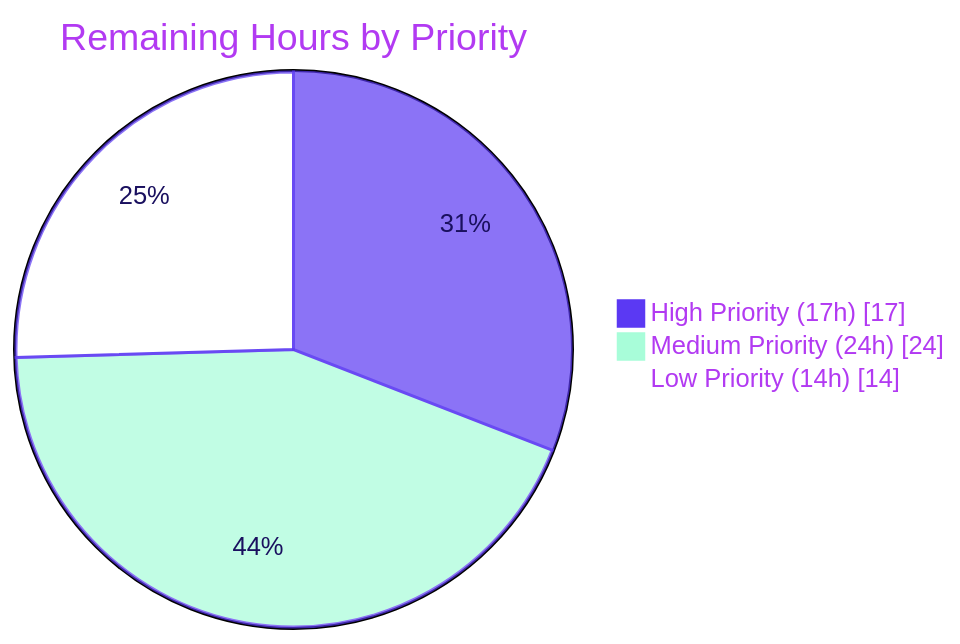
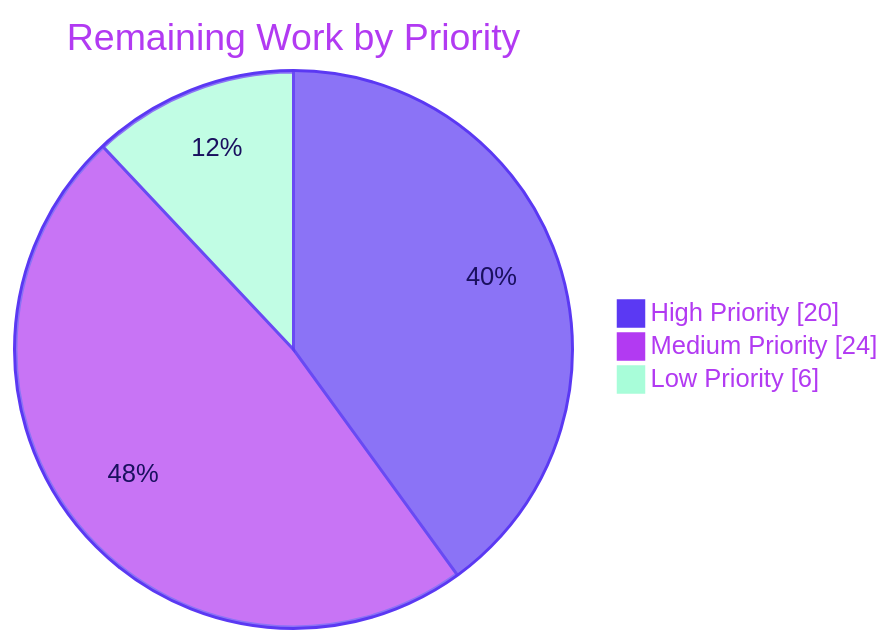
Before and after one commit to Blitzy-Sandbox/blitzy-ghostfolio: the third of 3 diagrams in blitzy/documentation/Project Guide.md, drawn with Mermaid. The commit also changed other lines of this file, not shown here.

Commit message:
Adding Blitzy Project Guide: Project Status and Human Tasks Remaining

````diff
--- a/blitzy/documentation/Project Guide.md
+++ b/blitzy/documentation/Project Guide.md
@@ -302,7 +260,7 @@
 ```mermaid
-%%{init: {'theme':'base', 'themeVariables': { 'pie1':'#5B39F3', 'pie2':'#A8FDD9', 'pie3':'#FFFFFF', 'pieStrokeColor':'#5B39F3', 'pieTitleTextColor':'#B23AF2', 'pieSectionTextColor':'#1A105F', 'pieLegendTextColor':'#B23AF2'}}}%%
-pie showData title Remaining Hours by Priority
-    "High Priority (17h)" : 17
-    "Medium Priority (24h)" : 24
-    "Low Priority (14h)" : 14
+%%{init: {'theme':'base', 'themeVariables': { 'pie1':'#5B39F3', 'pie2':'#B23AF2', 'pie3':'#A8FDD9', 'pieStrokeColor':'#5B39F3', 'pieOuterStrokeColor':'#5B39F3', 'pieTitleTextColor':'#B23AF2', 'pieSectionTextColor':'#1A105F', 'pieLegendTextColor':'#B23AF2'}}}%%
+pie showData title Remaining Work by Priority
+    "High Priority" : 20
+    "Medium Priority" : 24
+    "Low Priority" : 6
 ```
````
